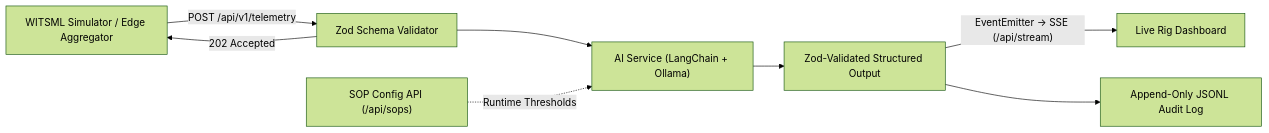
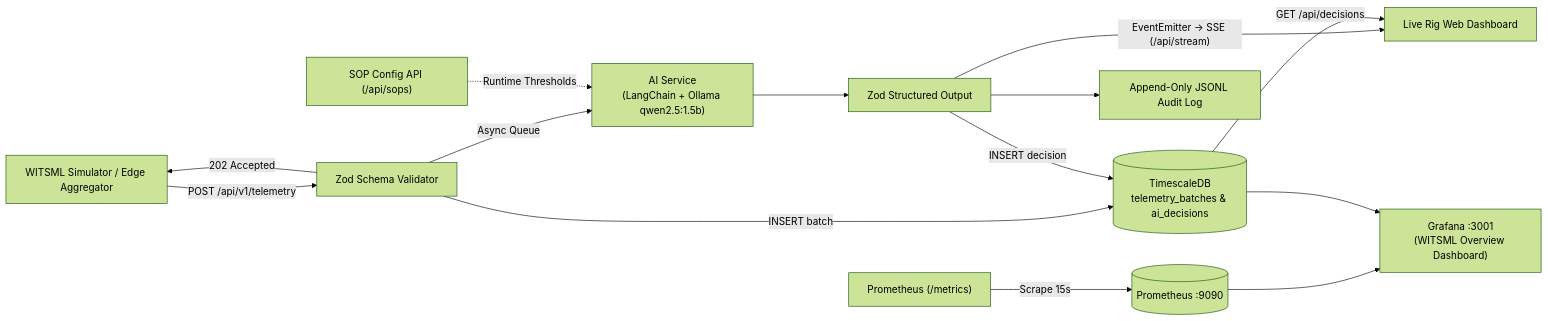
The diagram in README.md (kirk-keel/witsml-edge-agent), drawn with Mermaid (forest theme) before and after one commit. The commit also changed other lines of this file and 2 other files, not shown here.

Commit message:
docs: complete architecture documentation, ADR 0001, and README observability stack

````diff
--- a/README.md
+++ b/README.md
@@ -15,10 +15,16 @@
 ```mermaid
 flowchart LR
     S["WITSML Simulator / Edge Aggregator"] -->|"POST /api/v1/telemetry"| R["Zod Schema Validator"]
     R -->|"202 Accepted"| S
-    R --> A["AI Service (LangChain + Ollama)"]
+    R -->|"INSERT batch"| T[("TimescaleDB\ntelemetry_batches & ai_decisions")]
+    R -->|"Async Queue"| A["AI Service\n(LangChain + Ollama qwen2.5:1.5b)"]
     C["SOP Config API (/api/sops)"] -.->|"Runtime Thresholds"| A
-    A --> Z["Zod-Validated Structured Output"]
-    Z -->|"EventEmitter -> SSE (/api/stream)"| D["Live Rig Dashboard"]
+    A --> Z["Zod Structured Output"]
+    Z -->|"INSERT decision"| T
+    Z -->|"EventEmitter -> SSE (/api/stream)"| D["Live Rig Web Dashboard"]
+    T -->|"GET /api/decisions"| D
     Z --> L["Append-Only JSONL Audit Log"]
+    M["Prometheus (/metrics)"] -->|"Scrape 15s"| P[("Prometheus :9090")]
+    P --> G["Grafana :3001\n(WITSML Overview Dashboard)"]
+    T --> G
 ```
````
